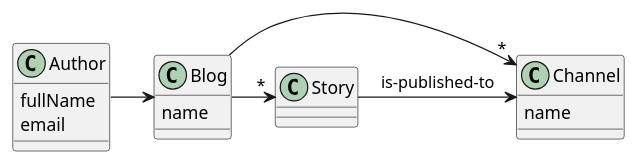
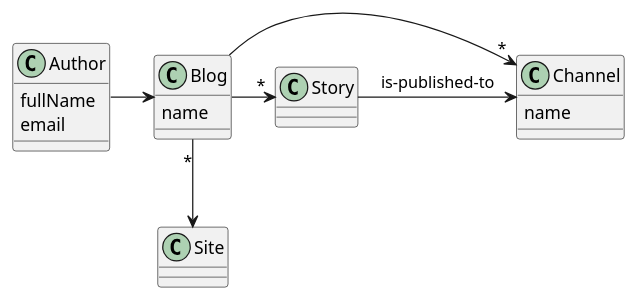
One commit to wutsi/wutsi-domain changed the diagram in doc/capabilities/blog/model.plantuml. Above: the diagram before and after it, drawn with PlantUML.

```diff
--- a/doc/capabilities/blog/model.plantuml
+++ b/doc/capabilities/blog/model.plantuml
@@ -1,24 +1,28 @@
 @startuml
 class Author {
   fullName
   email
 }
 
 class Blog {
   name
+}
+
+class Site {
 }
 
 class Story {
 }
 
 
 class Channel {
   name
 }
 
 
 Author -> Blog
 Blog -> "*" Channel
+Blog "*" --> Site
 Blog -> "*" Story
 Story -> Channel: is-published-to
 @enduml
```
